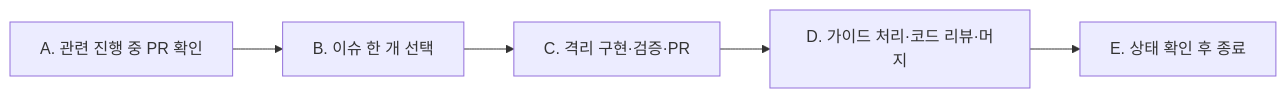
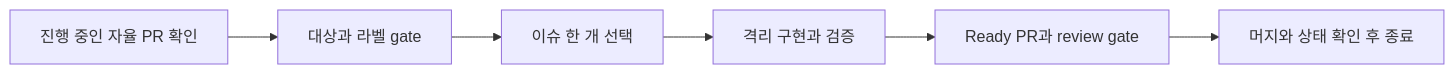
The diagram in docs/agent-governance/autonomous-issue-routine.md (seorilabs/.github), drawn with Mermaid before and after one commit. The commit also changed other lines of this file and 16 other files, not shown here.

````diff
--- a/docs/agent-governance/autonomous-issue-routine.md
+++ b/docs/agent-governance/autonomous-issue-routine.md
@@ -15,7 +25,8 @@
 ```mermaid
 flowchart LR
-  A["A. 관련 진행 중 PR 확인"] --> B["B. 이슈 한 개 선택"]
-  B --> C["C. 격리 구현·검증·PR"]
-  C --> D["D. 가이드 처리·코드 리뷰·머지"]
-  D --> Stop["E. 상태 확인 후 종료"]
+  A["진행 중인 자율 PR 확인"] --> B["대상과 라벨 gate"]
+  B --> C["이슈 한 개 선택"]
+  C --> D["격리 구현과 검증"]
+  D --> E["Ready PR과 review gate"]
+  E --> F["머지와 상태 확인 후 종료"]
 ```
````
